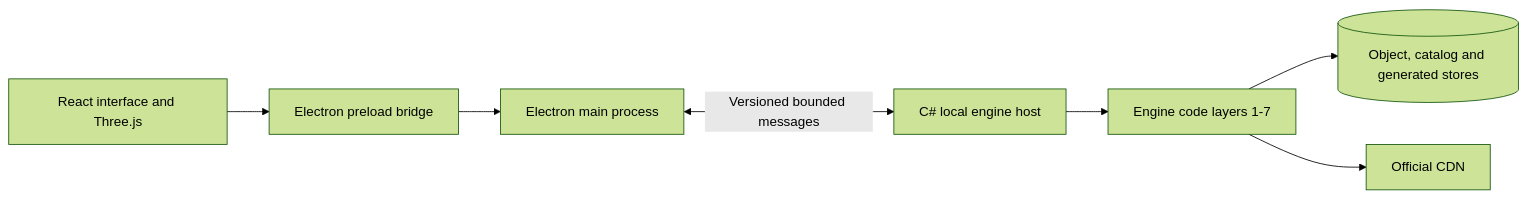
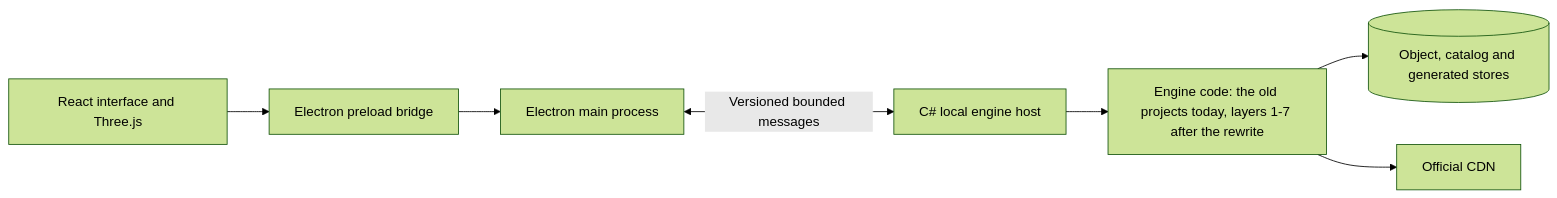
The second of 2 diagrams in docs/ARCHITECTURE.md (aircan80/vibeminer), drawn with Mermaid (forest theme) before and after one commit. The commit also changed other lines of this file and 2 other files, not shown here.

Commit message:
Bring ARCHITECTURE.md up to date with the layers on main

````diff
--- a/docs/ARCHITECTURE.md
+++ b/docs/ARCHITECTURE.md
@@ -62,9 +62,9 @@
 ```mermaid
 flowchart LR
   UI[React interface and Three.js] --> Bridge[Electron preload bridge]
   Bridge --> Main[Electron main process]
   Main <-->|Versioned bounded messages| Host[C# local engine host]
-  Host --> Layers[Engine code layers 1-7]
+  Host --> Layers["Engine code: the old projects today, layers 1-7 after the rewrite"]
   Layers --> Stores[(Object, catalog and generated stores)]
   Layers --> CDN[Official CDN]
 ```
````
